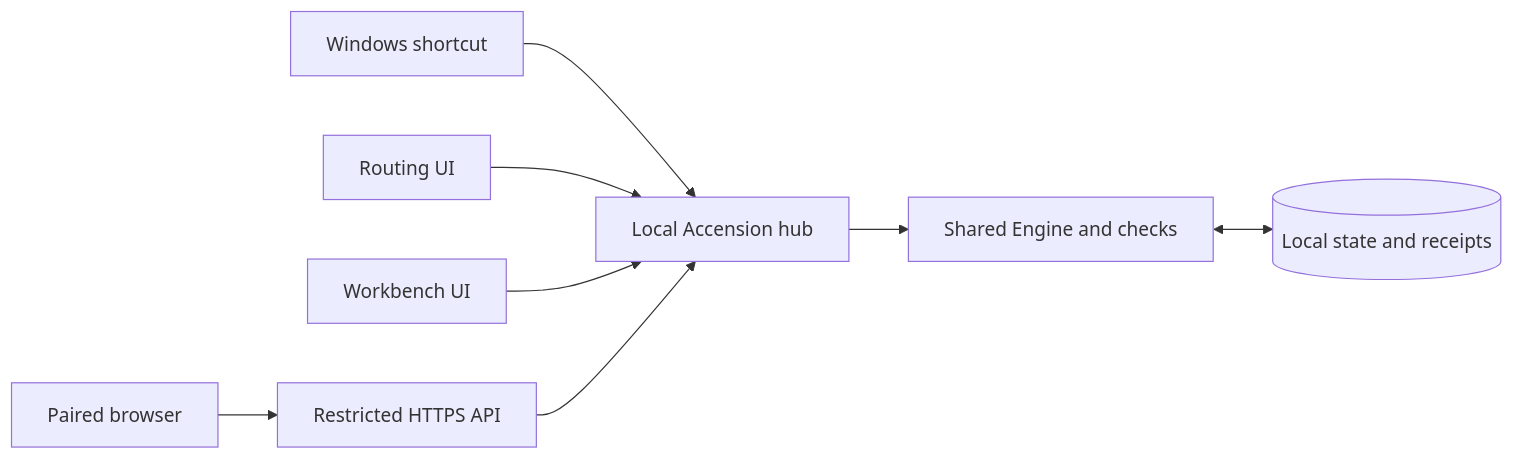
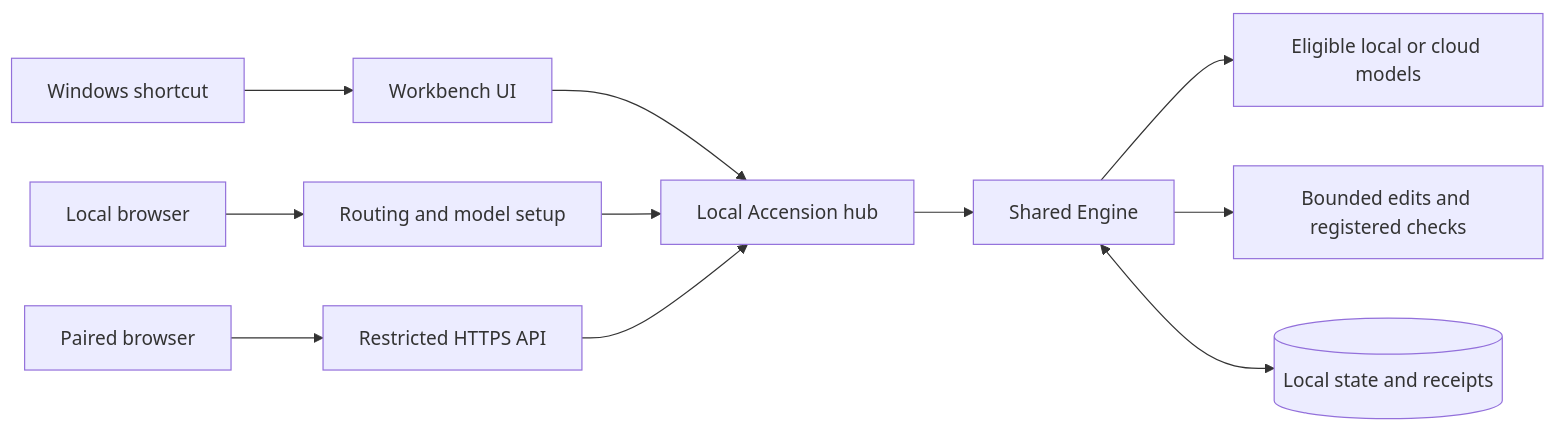
One commit to Jigsaw777/accension changed the diagram in README.md. Above: the diagram before and after it, drawn with Mermaid. The commit also changed other lines of this file and 33 other files, not shown here.

````diff
--- a/README.md
+++ b/README.md
@@ -66,10 +172,13 @@
 ```mermaid
 flowchart LR
-  Desktop[Windows shortcut] --> Hub[Local Accension hub]
-  Settings[Routing UI] --> Hub
-  Workbench[Workbench UI] --> Hub
-  Hub --> Engine[Shared Engine and checks]
+  Desktop[Windows shortcut] --> Workbench[Workbench UI]
+  Browser[Local browser] --> Routing[Routing and model setup]
+  Workbench --> Hub[Local Accension hub]
+  Routing --> Hub
+  Hub --> Engine[Shared Engine]
+  Engine --> Models[Eligible local or cloud models]
+  Engine --> Checks[Bounded edits and registered checks]
   Engine <--> Store[(Local state and receipts)]
   Phone[Paired browser] --> LAN[Restricted HTTPS API]
   LAN --> Hub
 ```
````
